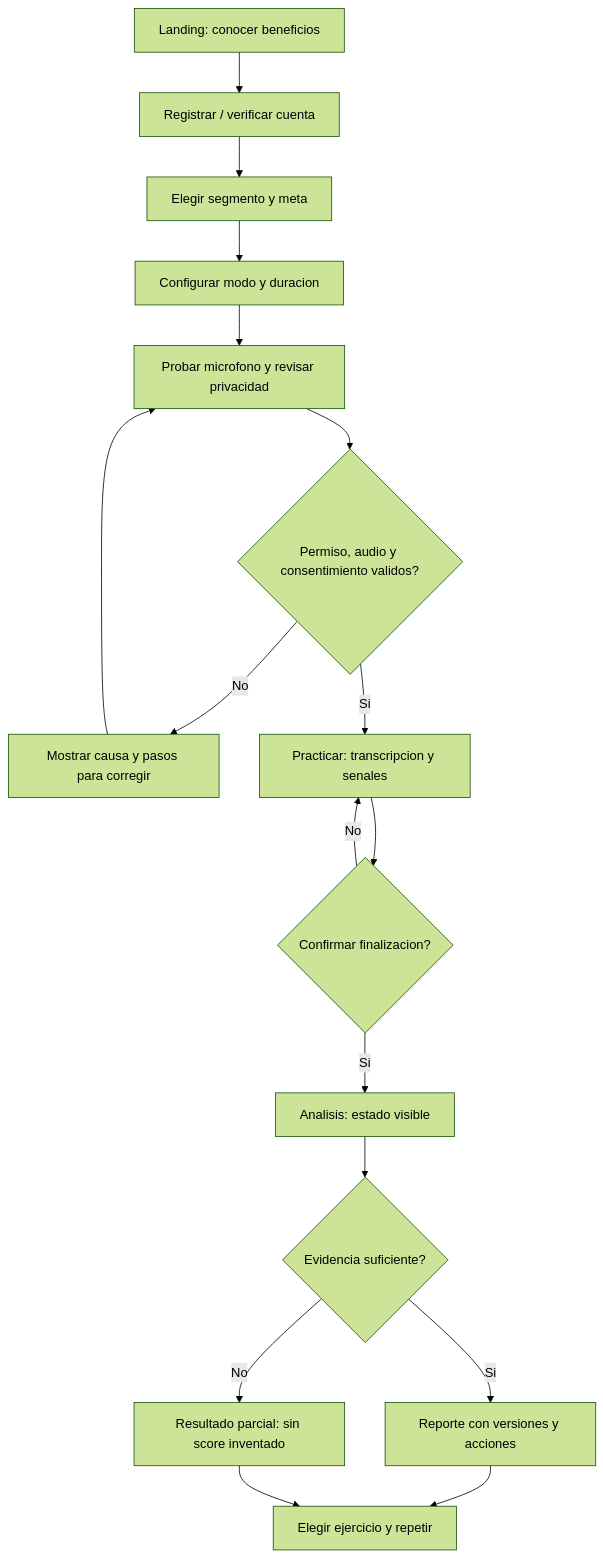
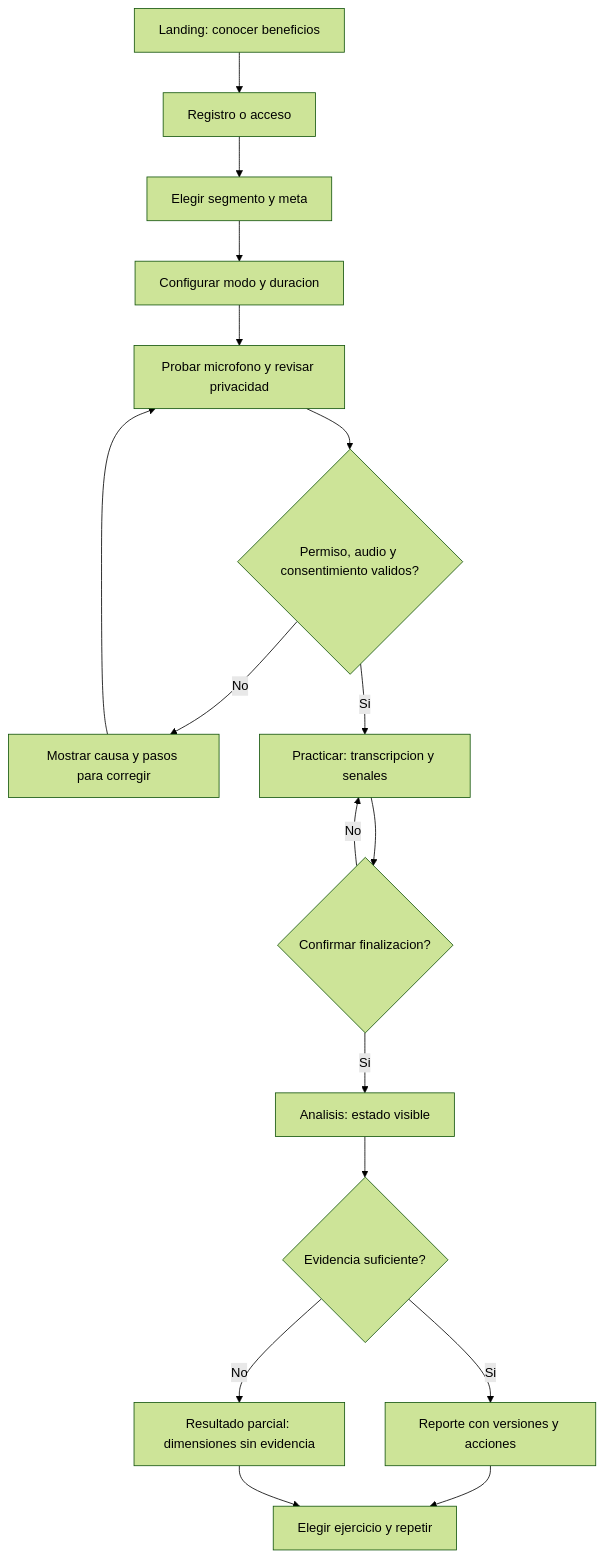
Before and after one commit to upc-pre-202620-si728-16365-thropic/talki-project-report: the diagram in assets/diagrams/ux/first-practice-flow.mmd, drawn with Mermaid (forest theme). The commit also changed 33 other files, not shown here.

Commit message:
docs: retirar fuentes editables y alinear texto y diagramas

```diff
--- a/assets/diagrams/ux/first-practice-flow.mmd
+++ b/assets/diagrams/ux/first-practice-flow.mmd
@@ -1,17 +1,17 @@
 flowchart TD
-  visit["Landing: conocer beneficios"] --> register["Registrar / verificar cuenta"]
+  visit["Landing: conocer beneficios"] --> register["Registro o acceso"]
   register --> profile["Elegir segmento y meta"]
   profile --> setup["Configurar modo y duracion"]
   setup --> check["Probar microfono y revisar privacidad"]
   check --> ready{"Permiso, audio y consentimiento validos?"}
   ready -- No --> correct["Mostrar causa y pasos para corregir"]
   correct --> check
   ready -- Si --> live["Practicar: transcripcion y senales"]
   live --> close{"Confirmar finalizacion?"}
   close -- No --> live
   close -- Si --> processing["Analisis: estado visible"]
   processing --> result{"Evidencia suficiente?"}
   result -- Si --> report["Reporte con versiones y acciones"]
-  result -- No --> partial["Resultado parcial: sin score inventado"]
+  result -- No --> partial["Resultado parcial: dimensiones sin evidencia"]
   report --> next["Elegir ejercicio y repetir"]
   partial --> next
```
